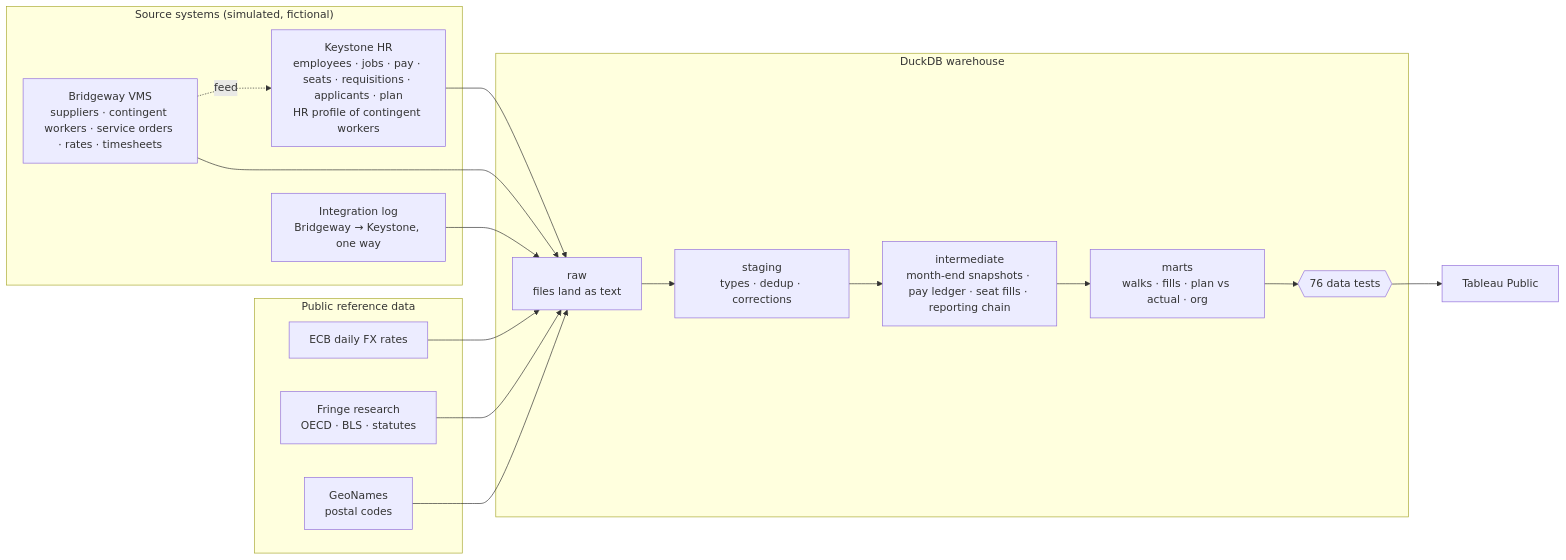
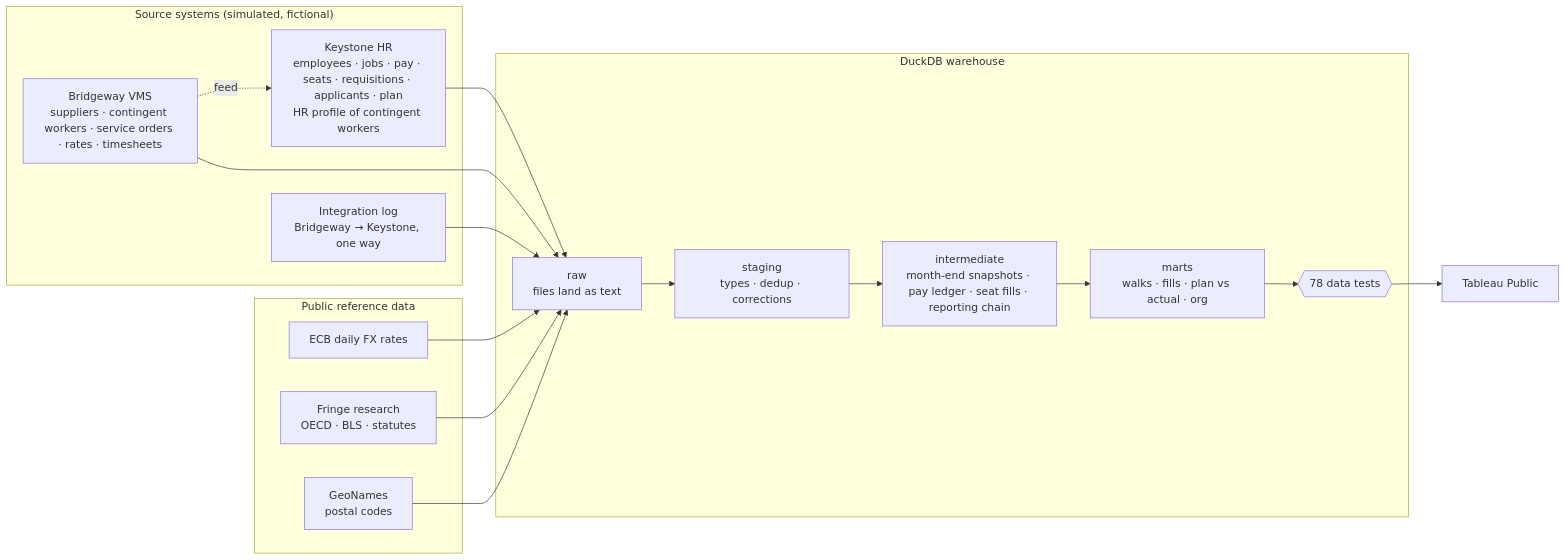
The first of 2 diagrams in README.md (thialp/people-analytics-warehouse), drawn with Mermaid before and after one commit. The commit also changed other lines of this file and 24 other files, not shown here.

````diff
--- a/README.md
+++ b/README.md
@@ -38,29 +38,29 @@
 ```mermaid
 flowchart LR
     subgraph Sources["Source systems (simulated, fictional)"]
         HR["Keystone HR<br/>employees · jobs · pay · seats · requisitions · applicants · plan<br/>HR profile of contingent workers"]
         VMS["Bridgeway VMS<br/>suppliers · contingent workers · service orders · rates · timesheets"]
         FEED["Integration log<br/>Bridgeway → Keystone, one way"]
     end
     subgraph Public["Public reference data"]
         ECB["ECB daily FX rates"]
         FRG["Fringe research<br/>OECD · BLS · statutes"]
         GEO["GeoNames<br/>postal codes"]
     end
     subgraph WH["DuckDB warehouse"]
         RAW["raw<br/>files land as text"]
         STG["staging<br/>types · dedup · corrections"]
         INT["intermediate<br/>month-end snapshots · pay ledger · seat fills · reporting chain"]
         MART["marts<br/>walks · fills · plan vs actual · org"]
-        TEST{{"76 data tests"}}
+        TEST{{"78 data tests"}}
     end
     TAB["Tableau Public"]
     VMS -. feed .-> HR
     HR --> RAW
     VMS --> RAW
     FEED --> RAW
     ECB --> RAW
     FRG --> RAW
     GEO --> RAW
     RAW --> STG --> INT --> MART --> TEST --> TAB
 ```
````
